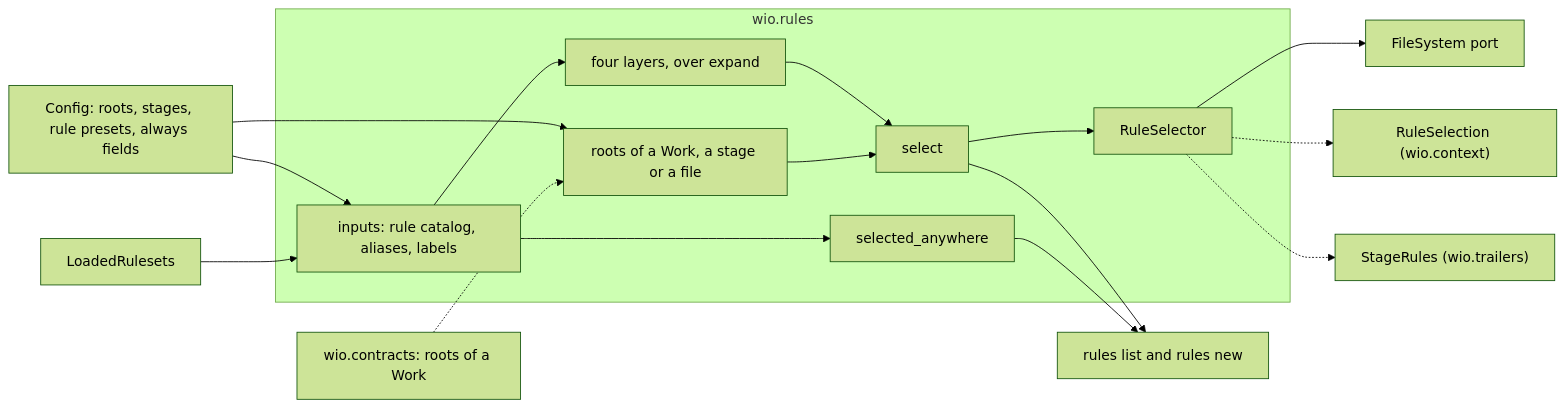
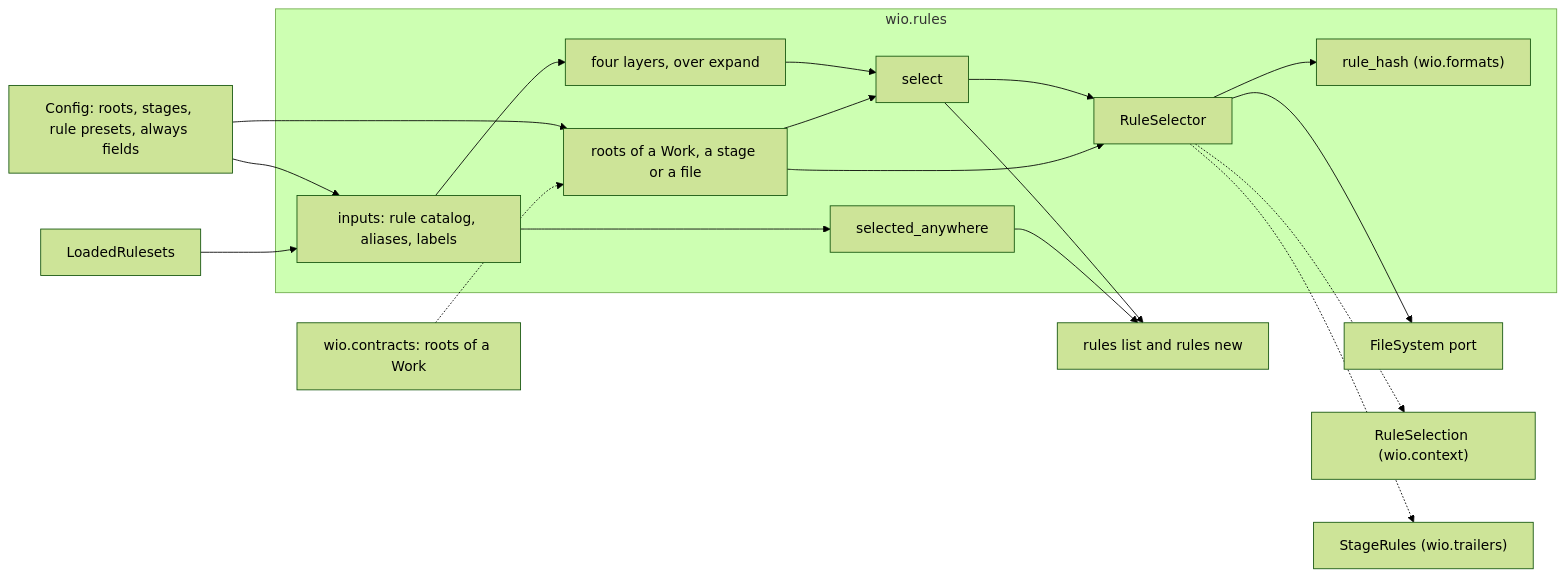
The diagram in src/wio/rules/README.md (msitarz/wio), drawn with Mermaid (forest theme) before and after one commit. The commit also changed other lines of this file, not shown here.

````diff
--- a/src/wio/rules/README.md
+++ b/src/wio/rules/README.md
@@ -407,32 +407,35 @@
 ```mermaid
 flowchart LR
     cfg["Config: roots, stages, rule presets, always fields"]
     rules["LoadedRulesets"]
     contracts["wio.contracts: roots of a Work"]
     files["FileSystem port"]
     subgraph sel["wio.rules"]
         inputs["inputs: rule catalog, aliases, labels"]
         roots["roots of a Work, a stage or a file"]
         layers["four layers, over expand"]
         applic["select"]
         anywhere["selected_anywhere"]
         selector["RuleSelector"]
+        hash["rule_hash (wio.formats)"]
     end
     ctxport["RuleSelection (wio.context)"]
     stageport["StageRules (wio.trailers)"]
     listing["rules list and rules new"]
     cfg --> inputs
     rules --> inputs
     inputs --> layers
     inputs --> anywhere
     cfg --> roots
     contracts -.-> roots
     layers --> applic
     roots --> applic
     applic --> listing
     anywhere --> listing
     applic --> selector
+    roots --> selector
+    selector --> hash
     selector --> files
     selector -.-> ctxport
     selector -.-> stageport
 ```
````
